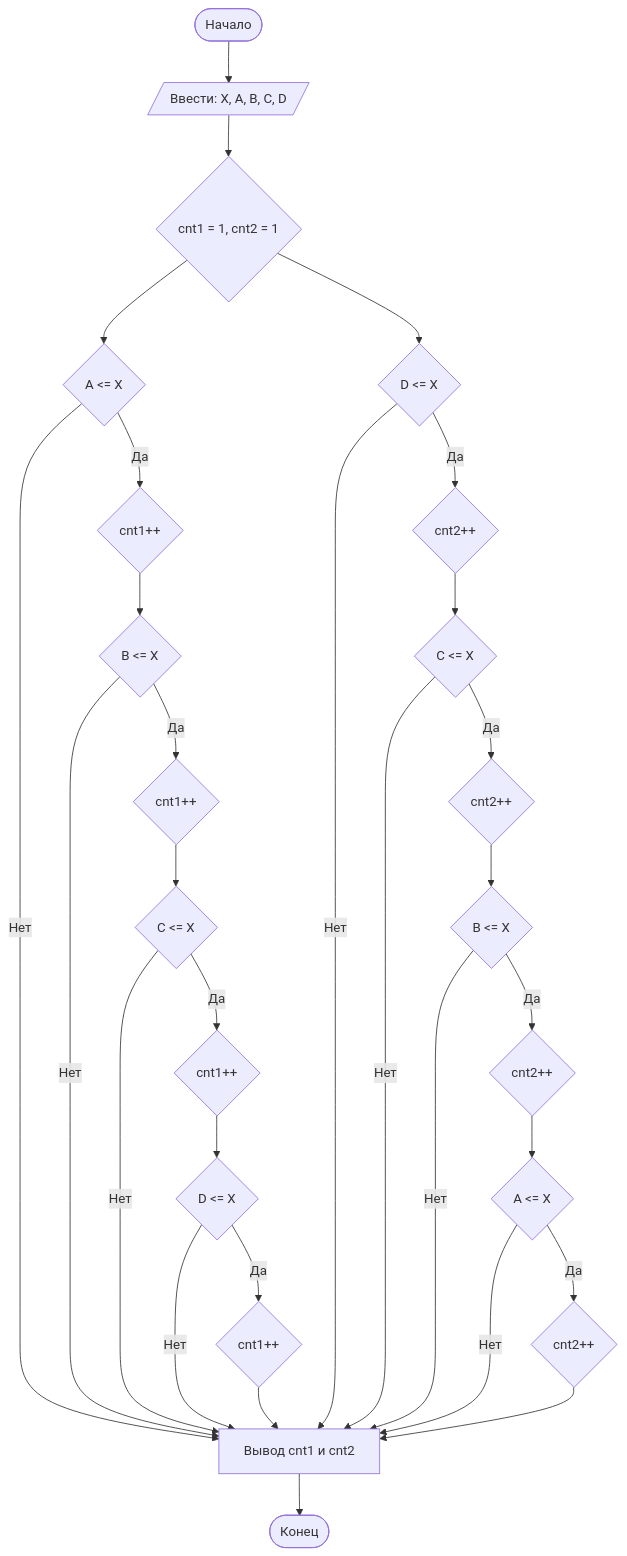
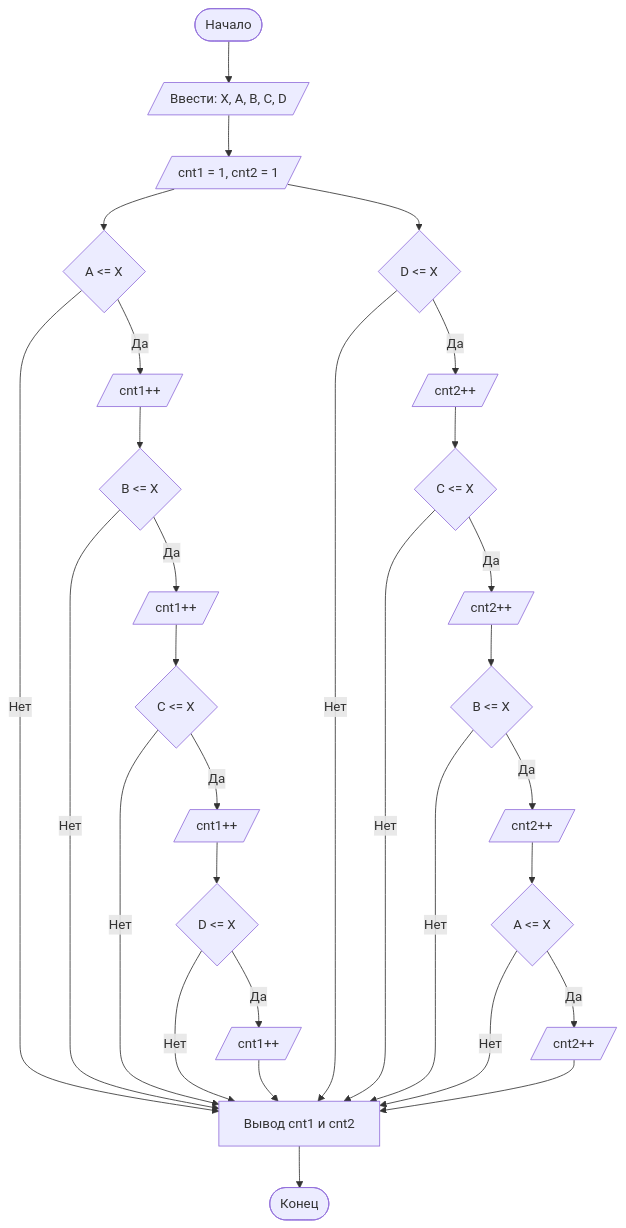
One commit to allimak55/LabN1 changed the diagram in README.md. Above: the diagram before and after it, drawn with Mermaid.

````diff
--- a/README.md
+++ b/README.md
@@ -101,33 +101,33 @@
 ```mermaid
 graph TD
     A([Начало]) --> B[/Ввести: X, A, B, C, D/]
-    B --> C{cnt1 = 1, cnt2 = 1}
+    B --> C[/cnt1 = 1, cnt2 = 1/]
     C --> D{A <= X}
     C --> E{D <= X}
     D -- Нет --> T
     E -- Нет --> T
-    D -- Да --> F{cnt1++}
-    E -- Да --> G{cnt2++}
+    D -- Да --> F[/cnt1++/]
+    E -- Да --> G[/cnt2++/]
     F --> H{B <= X}
     G --> I{C <= X}
     H -- Нет --> T
     I -- Нет --> T
-    H -- Да --> J{cnt1++}
-    I -- Да --> K{cnt2++}
+    H -- Да --> J[/cnt1++/]
+    I -- Да --> K[/cnt2++/]
     J --> L{C <= X}
     K --> M{B <= X}
     L -- Нет --> T
     M -- Нет --> T
-    L -- Да --> N{cnt1++}
-    M -- Да --> O{cnt2++}
+    L -- Да --> N[/cnt1++/]
+    M -- Да --> O[/cnt2++/]
     N --> P{D <= X}
     O --> Q{A <= X}
     P -- Нет --> T
     Q -- Нет --> T
-    P -- Да --> R{cnt1++}
-    Q -- Да --> S{cnt2++}
+    P -- Да --> R[/cnt1++/]
+    Q -- Да --> S[/cnt2++/]
     R --> T
     S --> T[Вывод cnt1 и cnt2]
     T --> Z([Конец])
 
 ```
````
